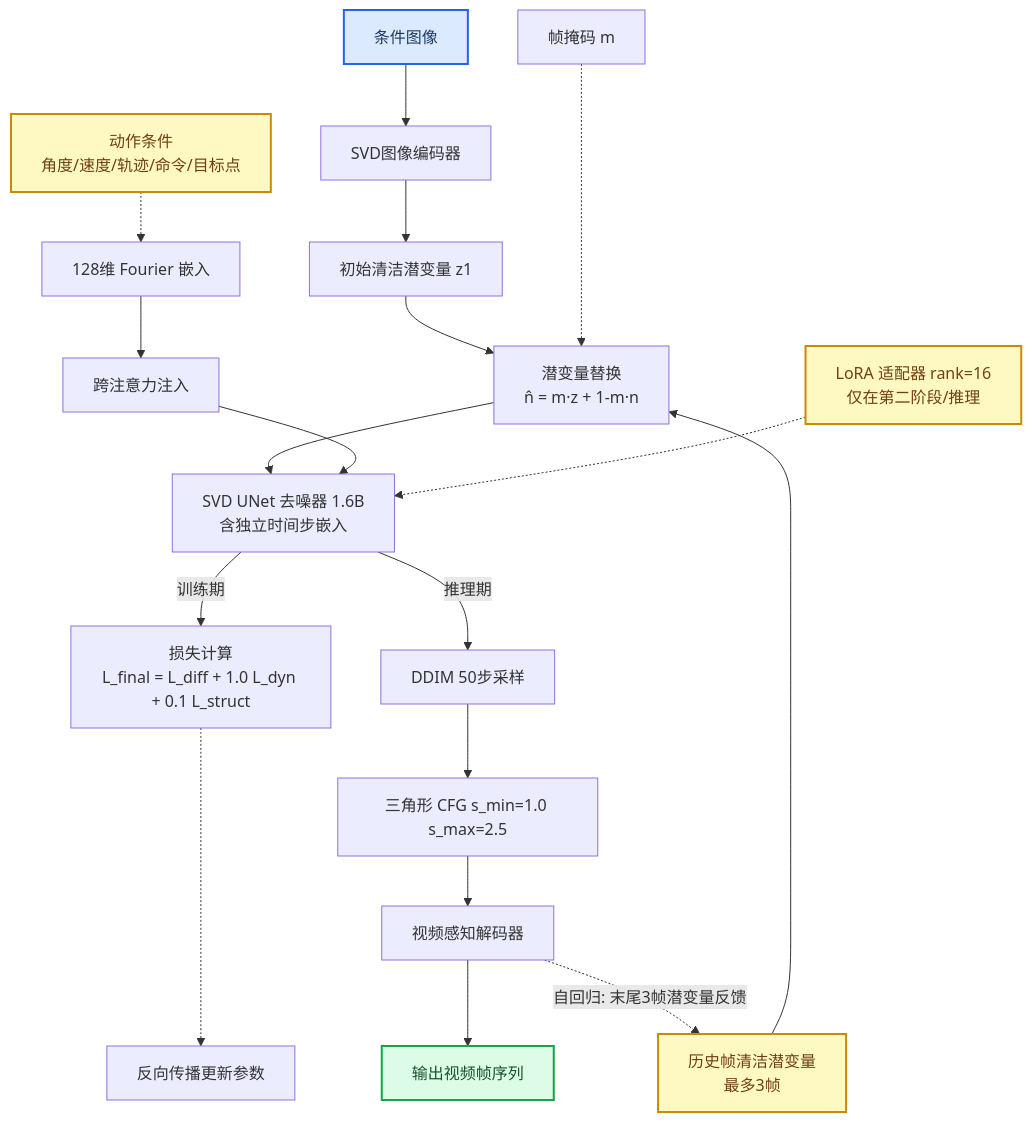
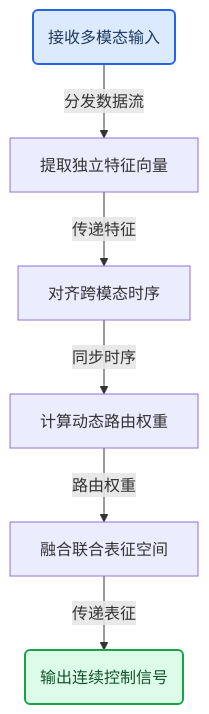
One commit to ShinewineW/paper-rolling changed the third of 10 diagrams in person_vault/2026-06-08_Vista_2405.17398/report.md. Above: the diagram before and after it, drawn with Mermaid. The commit also changed other lines of this file and 300 other files, not shown here.

````diff
--- a/person_vault/2026-06-08_Vista_2405.17398/report.md
+++ b/person_vault/2026-06-08_Vista_2405.17398/report.md
@@ -102,33 +114,19 @@
 ```mermaid
 flowchart TB
-    cond_img["条件图像"]:::required --> encoder["SVD图像编码器"]
-    encoder --> z1["初始清洁潜变量 z1"]
-    hist_lat["历史帧清洁潜变量<br/>最多3帧"] --> replace["潜变量替换<br/>n̂ = m·z + 1-m·n"]
-    z1 --> replace
-    mask["帧掩码 m"] -...-> replace
+    start_node(接收多模态输入):::required
+    encode_step["提取独立特征向量"]
+    align_step["对齐跨模态时序"]
+    route_step["计算动态路由权重"]
+    fuse_step["融合联合表征空间"]
+    end_node(输出连续控制信号):::output
 
-    replace --> unet["SVD UNet 去噪器 1.6B<br/>含独立时间步嵌入"]
-    
-    action["动作条件<br/>角度/速度/轨迹/命令/目标点"] -.-> fourier["128维 Fourier 嵌入"]
-    fourier --> cross_attn["跨注意力注入"]
-    cross_attn --> unet
-    lora["LoRA 适配器 rank=16<br/>仅在第二阶段/推理"] -.-> unet
-
-    unet --训练期--> losses["损失计算<br/>L_final = L_diff + 1.0 L_dyn + 0.1 L_struct"]
-    losses -...-> backprop["反向传播更新参数"]
-
-    unet --推理期--> ddim["DDIM 50步采样"]
-    ddim --> cfg["三角形 CFG s_min=1.0 s_max=2.5"]
-    cfg --> decoder["视频感知解码器"]
-    decoder --> output["输出视频帧序列"]:::output
-    
-    decoder -.自回归: 末尾3帧潜变量反馈.-> hist_lat
+    start_node -->|分发数据流| encode_step
+    encode_step -->|传递特征| align_step
+    align_step -->|同步时序| route_step
+    route_step -->|路由权重| fuse_step
+    fuse_step -->|传递表征| end_node
 
     classDef required fill:#dbeafe,stroke:#2563eb,stroke-width:2px,color:#1e3a5f
     classDef output fill:#dcfce7,stroke:#16a34a,stroke-width:2px,color:#14532d
     classDef optional fill:#fef9c3,stroke:#ca8a04,stroke-width:2px,color:#713f12
-
-    class cond_img required
-    class output output
-    class hist_lat,action,lora optional
 ```
````
